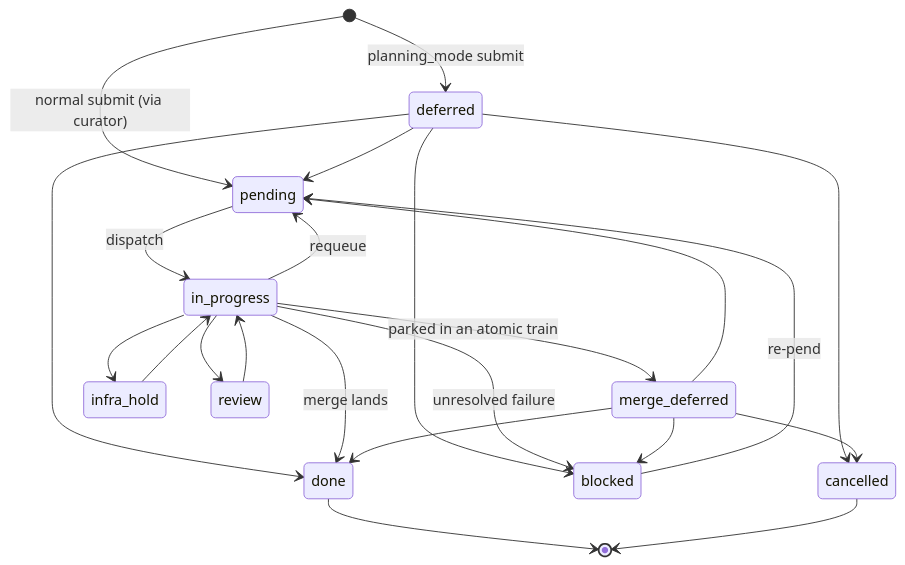
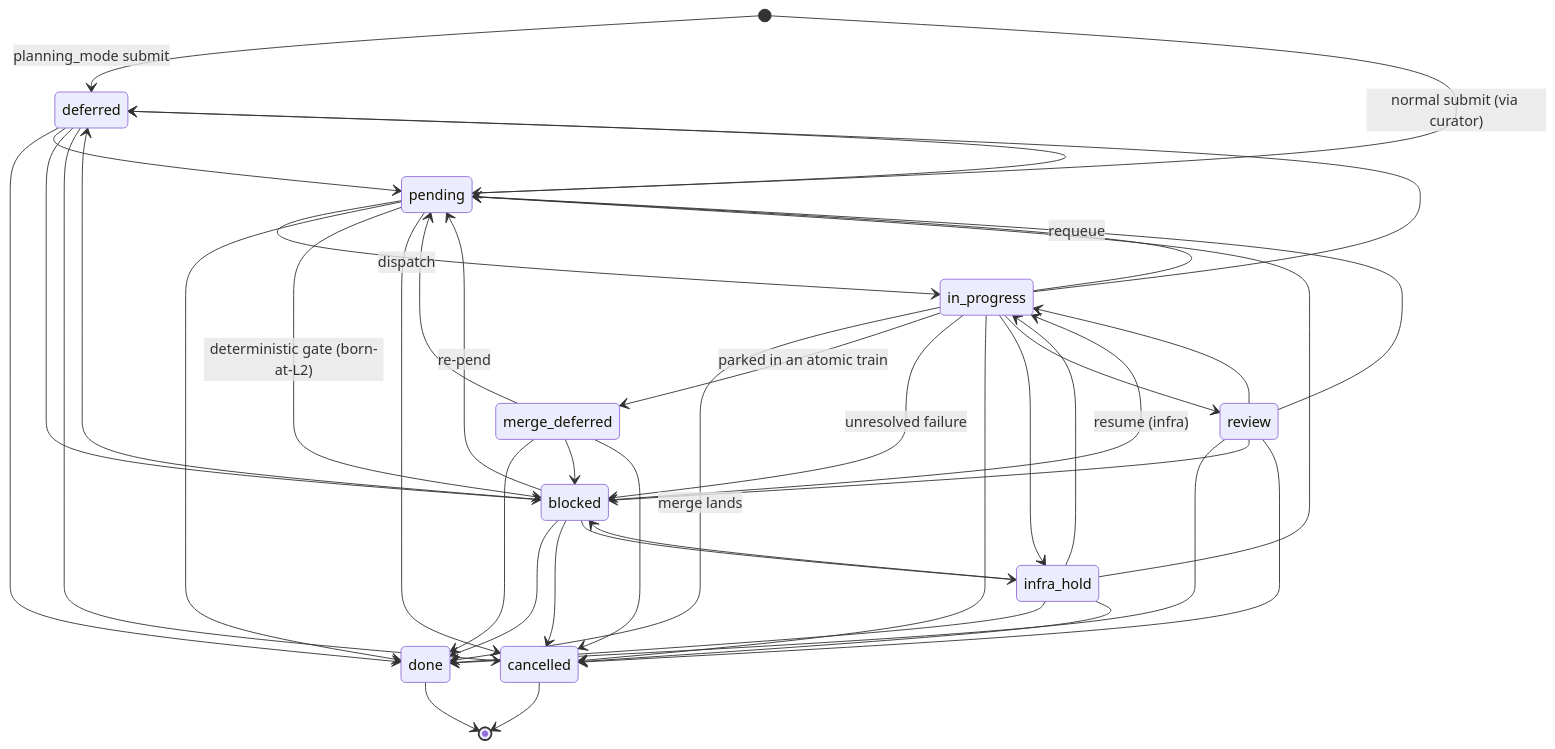
The second of 3 diagrams in ARCHITECTURE.md (leodearden/dark-factory), drawn with Mermaid before and after one commit. The commit also changed other lines of this file, not shown here.

Commit message:
docs(architecture): GREEN — redraw §3.1 as the full 37-edge transition table
The diagram carried 18 of Table A's 37 edges. Add the 19 that had rotted
away: pending→{blocked,done,cancelled,deferred}, in_progress→{cancelled,
deferred}, blocked→{done,cancelled,in_progress,infra_hold,deferred},
infra_hold→{pending,done,blocked,cancelled}, review→{pending,done,blocked,
cancelled}. Group the body by family with %% comments so a 37-edge diagram
stays readable; the parity parser ignores comment lines.

`pending --> blocked` is labelled with its writer (the deterministic
born-at-L2 gate) — §3.8's own contract runs on that edge.

Fix the prose below the fence to stay true: `blocked --resume(infra)-->
in-progress` is now drawn, so it moves out of the "not drawn" sentence and
into the list of drawn-but-recovery edges. `done`/`cancelled --reopen--> *`
stays prose-only and the text now says why — it is gated on
is_legal_transition's `reopen` flag, not on a (from, to) pair, so it is
deliberately absent from the table.

shared/tests/test_architecture_doc_transition_parity.py: 4 passed.

Task 3544, step-2.

````diff
--- a/ARCHITECTURE.md
+++ b/ARCHITECTURE.md
@@ -257,25 +257,55 @@
 ```mermaid
 stateDiagram-v2
+    %% entry
     [*] --> deferred: planning_mode submit
     [*] --> pending: normal submit (via curator)
+    %% dispatch
+    pending --> in_progress: dispatch
+    %% completion
+    in_progress --> done: merge lands
+    merge_deferred --> done
+    blocked --> done
+    pending --> done
+    deferred --> done
+    infra_hold --> done
+    review --> done
+    %% park (atomic train)
+    in_progress --> merge_deferred: parked in an atomic train
+    %% requeue / re-pend
+    in_progress --> pending: requeue
+    blocked --> pending: re-pend
+    merge_deferred --> pending
     deferred --> pending
-    deferred --> done
+    infra_hold --> pending
+    review --> pending
+    %% block
+    in_progress --> blocked: unresolved failure
+    pending --> blocked: deterministic gate (born-at-L2)
+    merge_deferred --> blocked
     deferred --> blocked
+    infra_hold --> blocked
+    review --> blocked
+    %% cancel (any non-terminal)
+    pending --> cancelled
+    in_progress --> cancelled
+    blocked --> cancelled
     deferred --> cancelled
-    pending --> in_progress: dispatch
-    in_progress --> done: merge lands
-    in_progress --> blocked: unresolved failure
-    in_progress --> merge_deferred: parked in an atomic train
-    in_progress --> pending: requeue
+    merge_deferred --> cancelled
+    infra_hold --> cancelled
+    review --> cancelled
+    %% infra hold
     in_progress --> infra_hold
+    blocked --> infra_hold
     infra_hold --> in_progress
+    blocked --> in_progress: resume (infra)
+    %% review
     in_progress --> review
     review --> in_progress
-    blocked --> pending: re-pend
-    merge_deferred --> done
-    merge_deferred --> blocked
-    merge_deferred --> cancelled
-    merge_deferred --> pending
+    %% deferred (planning / park)
+    pending --> deferred
+    in_progress --> deferred
+    blocked --> deferred
+    %% terminal
     done --> [*]
     cancelled --> [*]
 ```
````
